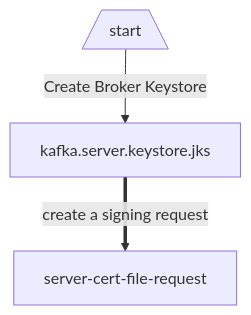
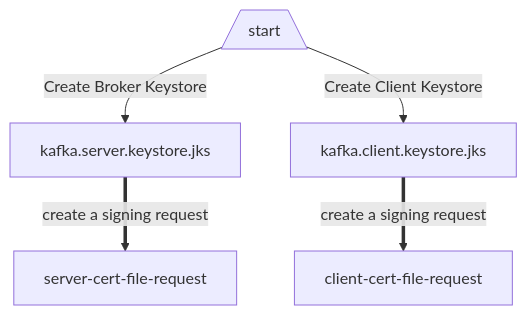
One commit to decodableco/examples changed the second of 4 diagrams in mtls/README.md. Above: the diagram before and after it, drawn with Mermaid. The commit also changed other lines of this file and 1 other file, not shown here.

````diff
--- a/mtls/README.md
+++ b/mtls/README.md
@@ -22,8 +23,12 @@
 ```mermaid
 flowchart TD;
 
-    s[/start\]-->|Create Broker Keystore| jks[kafka.server.keystore.jks]
+    s[/start\]-->|Create Broker Keystore| server[kafka.server.keystore.jks]
 
-    jks==>|create a signing request| server-cert-file-request
+    server==>|create a signing request| server-cert-file-request
+
+    s-->|Create Client Keystore| client[kafka.client.keystore.jks]
+
+    client==>|create a signing request| client-cert-file-request
 
 ```
````
